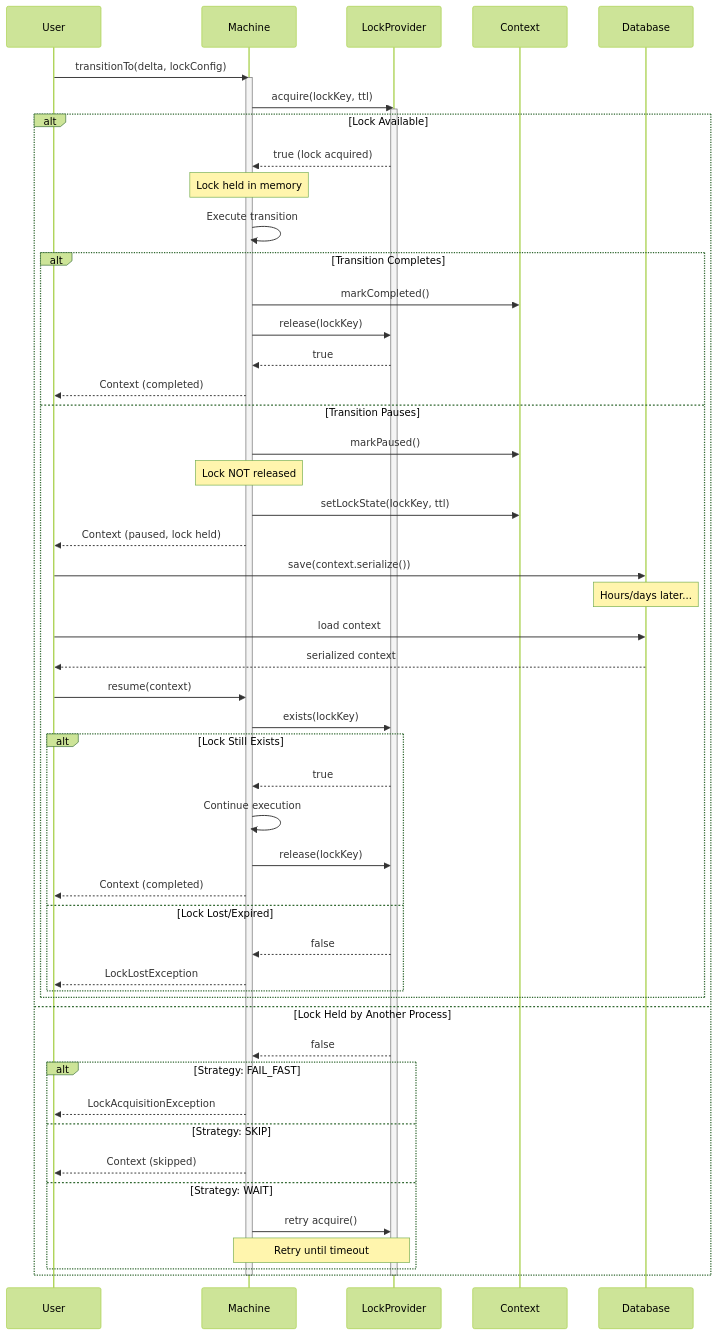
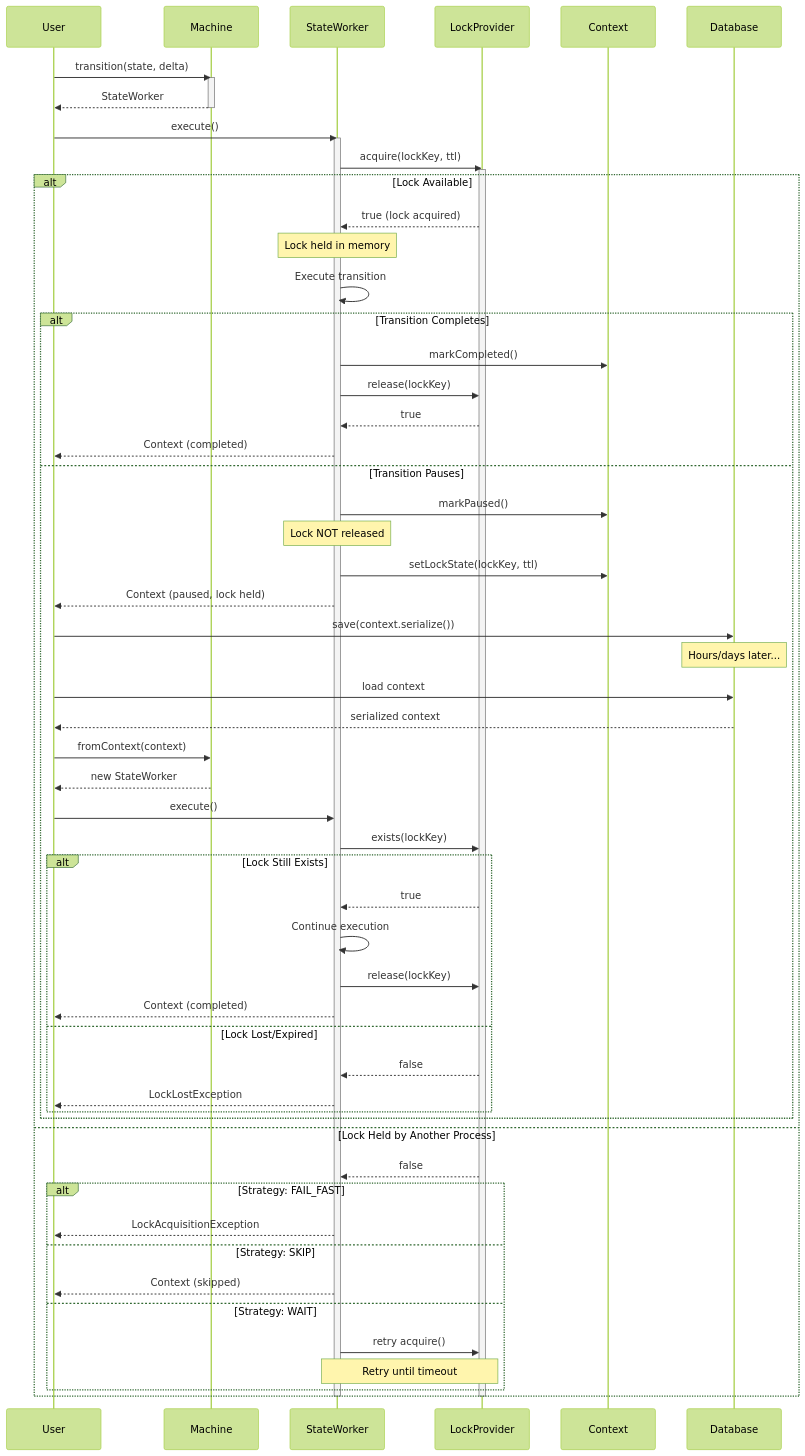
The third of 11 diagrams in docs/diagrams.md (benrowe/stateflow), drawn with Mermaid (forest theme) before and after one commit. The commit also changed other lines of this file and 1 other file, not shown here.

Commit message:
Fix diagrams to use new worker

````diff
--- a/docs/diagrams.md
+++ b/docs/diagrams.md
@@ -119,64 +119,72 @@
 ```mermaid
 sequenceDiagram
     participant User
     participant Machine
+    participant Worker as StateWorker
     participant LockProvider
     participant Context
     participant Database
 
-    User->>Machine: transitionTo(delta, lockConfig)
+    User->>Machine: transition(state, delta)
     activate Machine
+    Machine-->>User: StateWorker
+    deactivate Machine
 
-    Machine->>LockProvider: acquire(lockKey, ttl)
+    User->>Worker: execute()
+    activate Worker
+
+    Worker->>LockProvider: acquire(lockKey, ttl)
     activate LockProvider
 
     alt Lock Available
-        LockProvider-->>Machine: true (lock acquired)
-        Note over Machine: Lock held in memory
-        Machine->>Machine: Execute transition
+        LockProvider-->>Worker: true (lock acquired)
+        Note over Worker: Lock held in memory
+        Worker->>Worker: Execute transition
 
         alt Transition Completes
-            Machine->>Context: markCompleted()
-            Machine->>LockProvider: release(lockKey)
-            LockProvider-->>Machine: true
-            Machine-->>User: Context (completed)
+            Worker->>Context: markCompleted()
+            Worker->>LockProvider: release(lockKey)
+            LockProvider-->>Worker: true
+            Worker-->>User: Context (completed)
         else Transition Pauses
-            Machine->>Context: markPaused()
-            Note over Machine: Lock NOT released
-            Machine->>Context: setLockState(lockKey, ttl)
-            Machine-->>User: Context (paused, lock held)
+            Worker->>Context: markPaused()
+            Note over Worker: Lock NOT released
+            Worker->>Context: setLockState(lockKey, ttl)
+            Worker-->>User: Context (paused, lock held)
             User->>Database: save(context.serialize())
 
             Note over Database: Hours/days later...
 
             User->>Database: load context
             Database-->>User: serialized context
-            User->>Machine: resume(context)
+            User->>Machine: fromContext(context)
+            Machine-->>User: new StateWorker
+            User->>Worker: execute()
 
-            Machine->>LockProvider: exists(lockKey)
+            Worker->>LockProvider: exists(lockKey)
             alt Lock Still Exists
-                LockProvider-->>Machine: true
-                Machine->>Machine: Continue execution
-                Machine->>LockProvider: release(lockKey)
-                Machine-->>User: Context (completed)
+                LockProvider-->>Worker: true
+                Worker->>Worker: Continue execution
+                Worker->>LockProvider: release(lockKey)
+                Worker-->>User: Context (completed)
             else Lock Lost/Expired
-                LockProvider-->>Machine: false
-                Machine-->>User: LockLostException
+                LockProvider-->>Worker: false
+                Worker-->>User: LockLostException
             end
         end
     else Lock Held by Another Process
-        LockProvider-->>Machine: false
+        LockProvider-->>Worker: false
 
         alt Strategy: FAIL_FAST
-            Machine-->>User: LockAcquisitionException
+            Worker-->>User: LockAcquisitionException
         else Strategy: SKIP
-            Machine-->>User: Context (skipped)
+            Worker-->>User: Context (skipped)
         else Strategy: WAIT
-            Machine->>LockProvider: retry acquire()
-            Note over Machine,LockProvider: Retry until timeout
+            Worker->>LockProvider: retry acquire()
+            Note over Worker,LockProvider: Retry until timeout
         end
     end
 
     deactivate LockProvider
-    deactivate Machine
+    deactivate Worker
 ```
````
